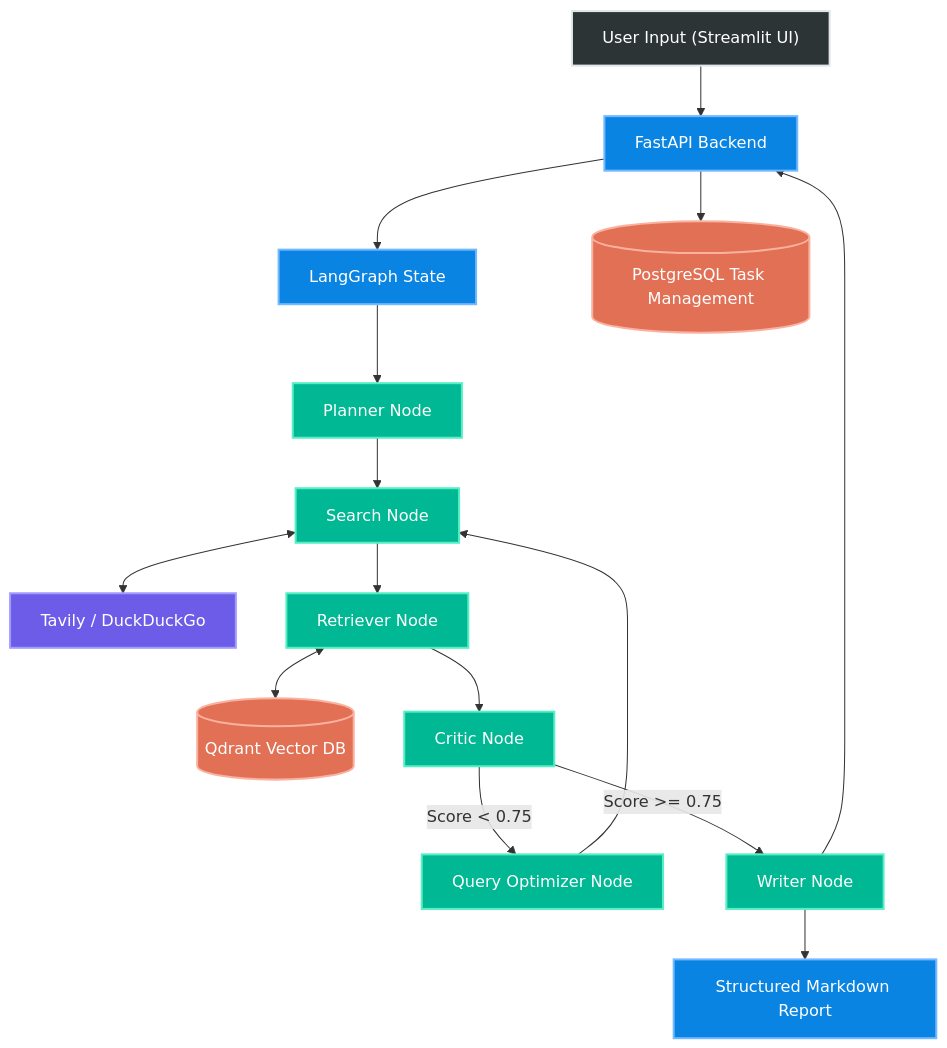
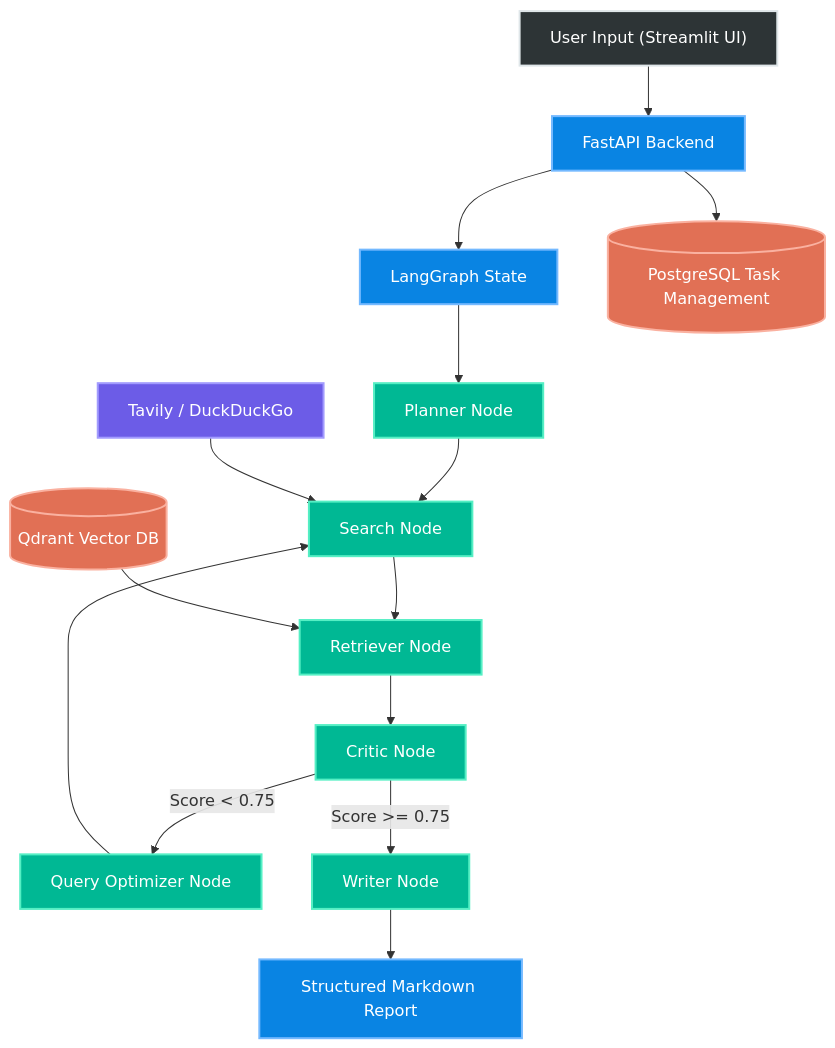
One commit to rajatrgupta/ResearchGPT changed the diagram in README.md. Above: the diagram before and after it, drawn with Mermaid.

Commit message:
docs: Fix mermaid diagram layout distance error

````diff
--- a/README.md
+++ b/README.md
@@ -21,27 +21,26 @@
 ```mermaid
 flowchart TD
     %% Define Styles
     classDef user fill:#2d3436,stroke:#dfe6e9,stroke-width:2px,color:#fff
     classDef api fill:#0984e3,stroke:#74b9ff,stroke-width:2px,color:#fff
     classDef agent fill:#00b894,stroke:#55efc4,stroke-width:2px,color:#fff
     classDef db fill:#e17055,stroke:#fab1a0,stroke-width:2px,color:#fff
     classDef external fill:#6c5ce7,stroke:#a29bfe,stroke-width:2px,color:#fff
 
     User["User Input (Streamlit UI)"]:::user --> API["FastAPI Backend"]:::api
     API --> State["LangGraph State"]:::api
     API --> Postgres[("PostgreSQL Task Management")]:::db
     
     State --> Planner["Planner Node"]:::agent
     Planner --> Search["Search Node"]:::agent
-    Search <--> Providers["Tavily / DuckDuckGo"]:::external
+    Providers["Tavily / DuckDuckGo"]:::external --> Search
     Search --> Retriever["Retriever Node"]:::agent
-    Retriever <--> Qdrant[("Qdrant Vector DB")]:::db
+    Qdrant[("Qdrant Vector DB")]:::db --> Retriever
     Retriever --> Critic["Critic Node"]:::agent
     
     Critic -->|"Score < 0.75"| Optimizer["Query Optimizer Node"]:::agent
     Optimizer --> Search
     
     Critic -->|"Score >= 0.75"| Writer["Writer Node"]:::agent
     Writer --> FinalReport["Structured Markdown Report"]:::api
-    Writer --> API
 ```
````
